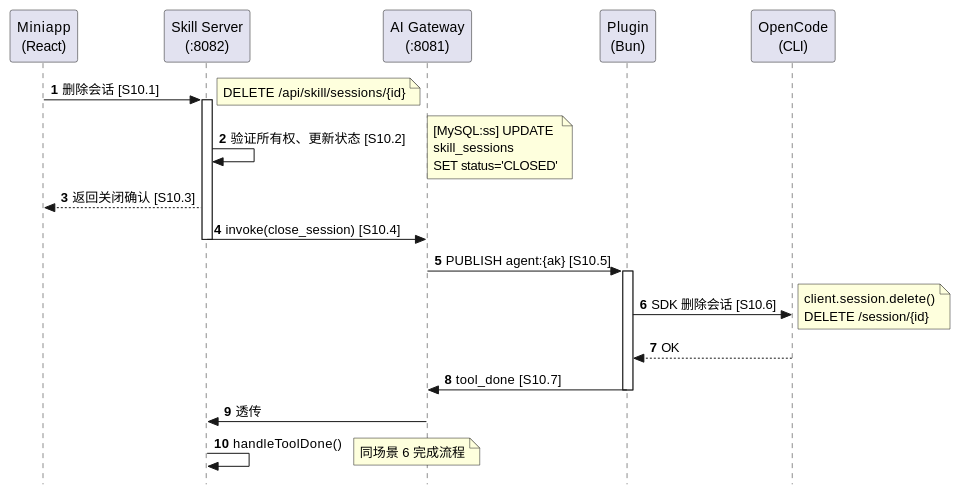
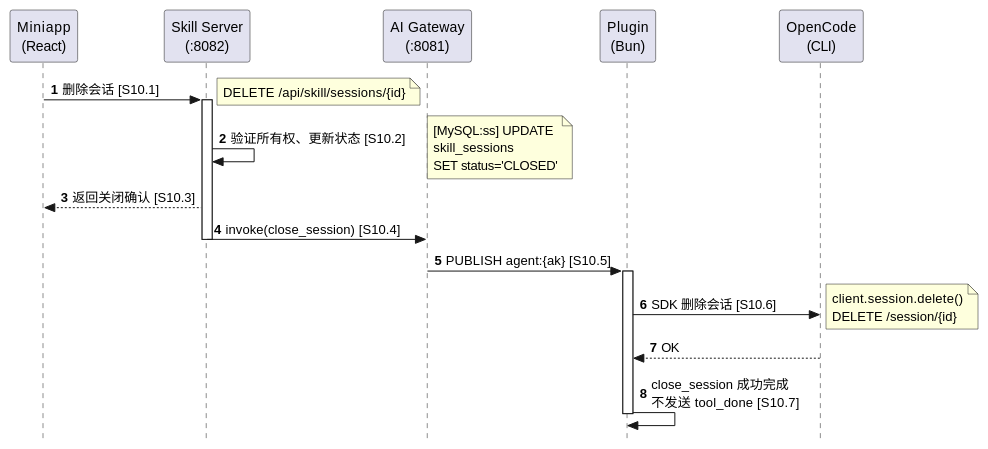
Diagram 15 of 22 in documents/protocol/06-end-to-end-flows.md (Llllviaaaa/opencode-CUI), drawn with PlantUML before and after one commit. The commit also changed other lines of this file and 6 other files, not shown here.

Commit message:
docs(protocol): align message-bridge event contracts and flows

````diff
--- a/documents/protocol/06-end-to-end-flows.md
+++ b/documents/protocol/06-end-to-end-flows.md
@@ -1896,39 +1899,34 @@
 ```plantuml
 @startuml 场景10_关闭会话
 skinparam style strictuml
 autonumber
 
 participant "Miniapp\n(React)" as MA
 participant "Skill Server\n(:8082)" as SS
 participant "AI Gateway\n(:8081)" as GW
 participant "Plugin\n(Bun)" as PL
 participant "OpenCode\n(CLI)" as OC
 
 MA -> SS : 删除会话 [S10.1]
 note right: DELETE /api/skill/sessions/{id}
 
 activate SS
 SS -> SS : 验证所有权、更新状态 [S10.2]
 note right: [MySQL:ss] UPDATE\nskill_sessions\nSET status='CLOSED'
 SS --> MA : 返回关闭确认 [S10.3]
 
 SS -> GW : invoke(close_session) [S10.4]
 deactivate SS
 
 GW -> PL : PUBLISH agent:{ak} [S10.5]
 
 activate PL
 PL -> OC : SDK 删除会话 [S10.6]
 note right: client.session.delete()\nDELETE /session/{id}
 OC --> PL : OK
 
-PL -> GW : tool_done [S10.7]
+PL -> PL : close_session 成功完成\n不发送 tool_done [S10.7]
 deactivate PL
-
-GW -> SS : 透传
-
-SS -> SS : handleToolDone()
-note right: 同场景 6 完成流程
 
 @enduml
 ```
````
